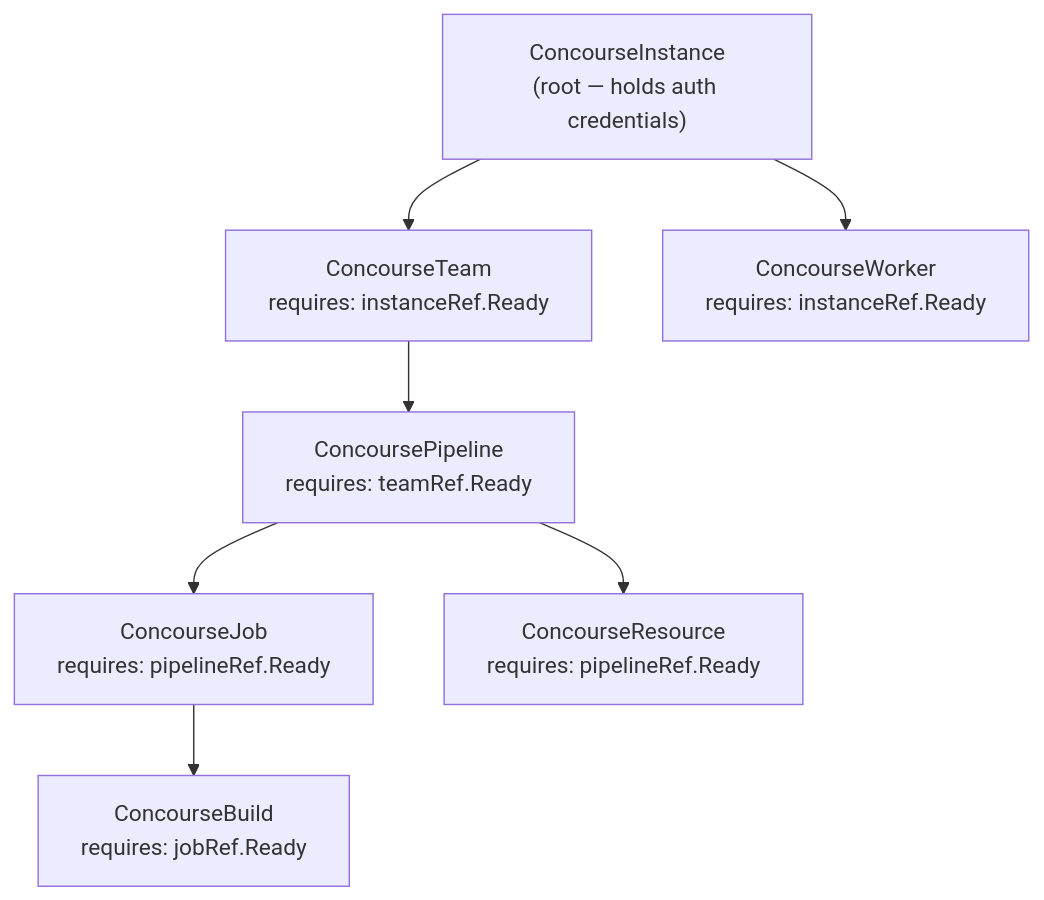
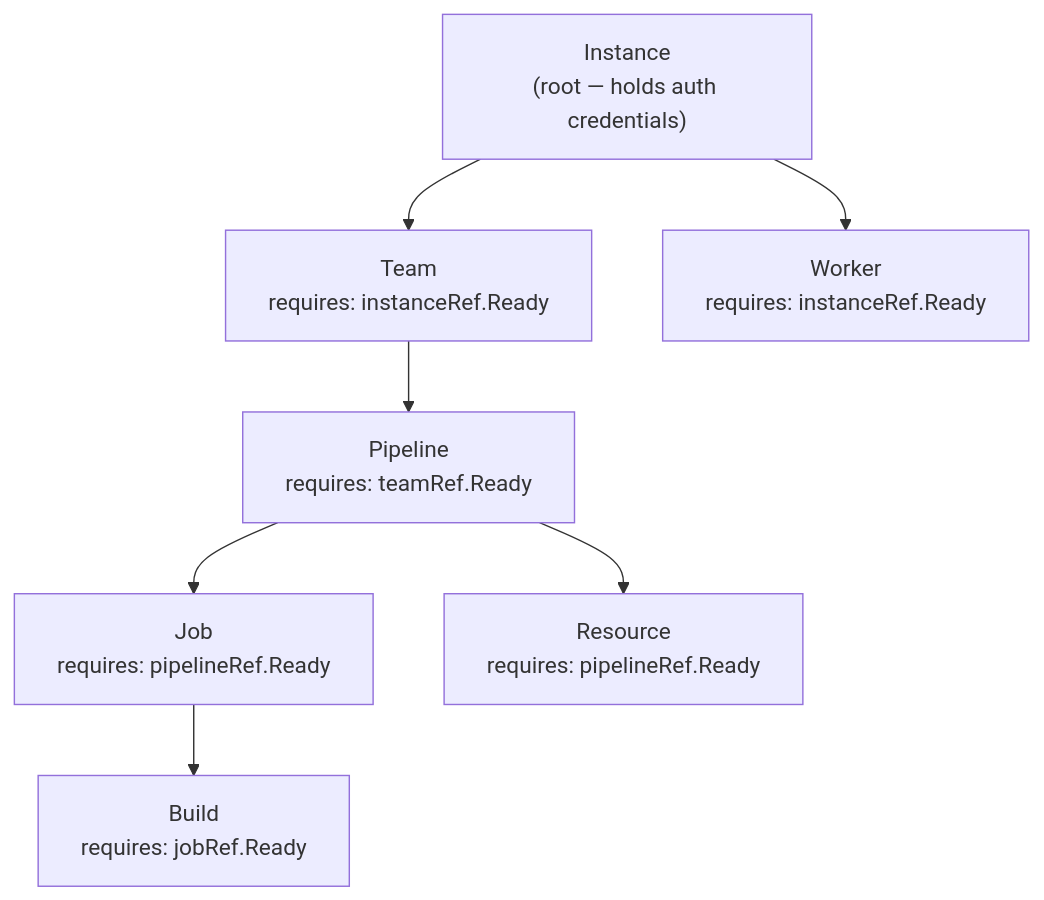
One commit to jakobmoellerdev/concourse-operator changed the diagram in docs/architecture/dependency-chain.md. Above: the diagram before and after it, drawn with Mermaid. The commit also changed other lines of this file and 19 other files, not shown here.

````diff
--- a/docs/architecture/dependency-chain.md
+++ b/docs/architecture/dependency-chain.md
@@ -7,17 +7,17 @@
 ```mermaid
 graph TD
-  I["ConcourseInstance\n(root — holds auth credentials)"]
-  T["ConcourseTeam\nrequires: instanceRef.Ready"]
-  P["ConcoursePipeline\nrequires: teamRef.Ready"]
-  J["ConcourseJob\nrequires: pipelineRef.Ready"]
-  B["ConcourseBuild\nrequires: jobRef.Ready"]
-  R["ConcourseResource\nrequires: pipelineRef.Ready"]
-  W["ConcourseWorker\nrequires: instanceRef.Ready"]
+  I["Instance\n(root — holds auth credentials)"]
+  T["Team\nrequires: instanceRef.Ready"]
+  P["Pipeline\nrequires: teamRef.Ready"]
+  J["Job\nrequires: pipelineRef.Ready"]
+  B["Build\nrequires: jobRef.Ready"]
+  R["Resource\nrequires: pipelineRef.Ready"]
+  W["Worker\nrequires: instanceRef.Ready"]
 
   I --> T
   T --> P
   P --> J
   P --> R
   J --> B
   I --> W
 ```
````
